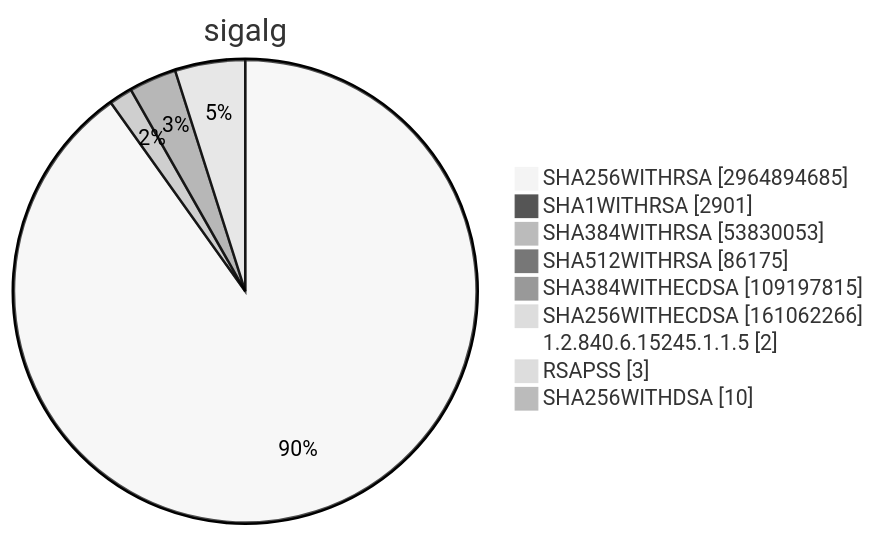
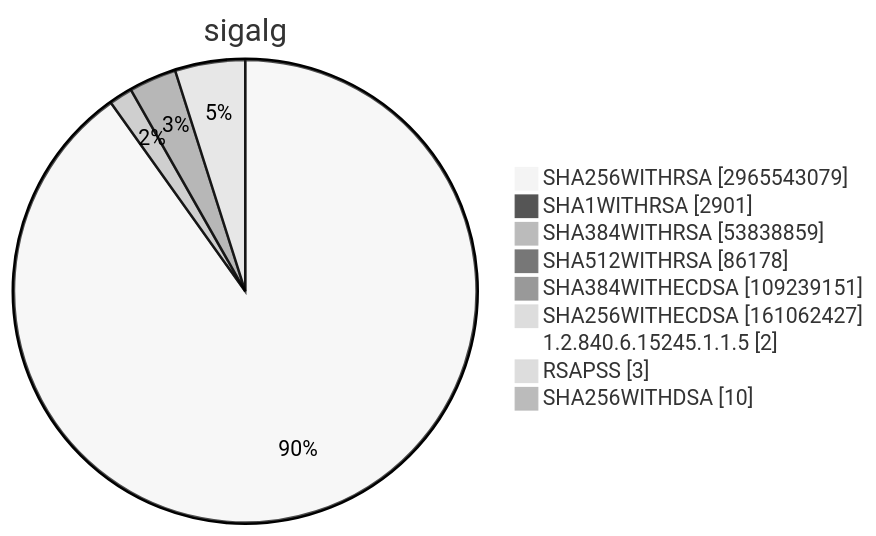
Before and after one commit to christiankrug/ctmonitor_visualization: diagram 15 of 15 in TOTAL/README.md, drawn with Mermaid (neutral theme). The commit also changed other lines of this file, not shown here.

````diff
--- a/TOTAL/README.md
+++ b/TOTAL/README.md
@@ -6208,13 +6208,13 @@
 ```mermaid
 pie showData
 title sigalg
-"SHA256WITHRSA" :2964894685
+"SHA256WITHRSA" :2965543079
 "SHA1WITHRSA" :2901
-"SHA384WITHRSA" :53830053
-"SHA512WITHRSA" :86175
-"SHA384WITHECDSA" :109197815
-"SHA256WITHECDSA" :161062266
+"SHA384WITHRSA" :53838859
+"SHA512WITHRSA" :86178
+"SHA384WITHECDSA" :109239151
+"SHA256WITHECDSA" :161062427
 "1.2.840.6.15245.1.1.5" :2
 "RSAPSS" :3
 "SHA256WITHDSA" :10
 ```
````
